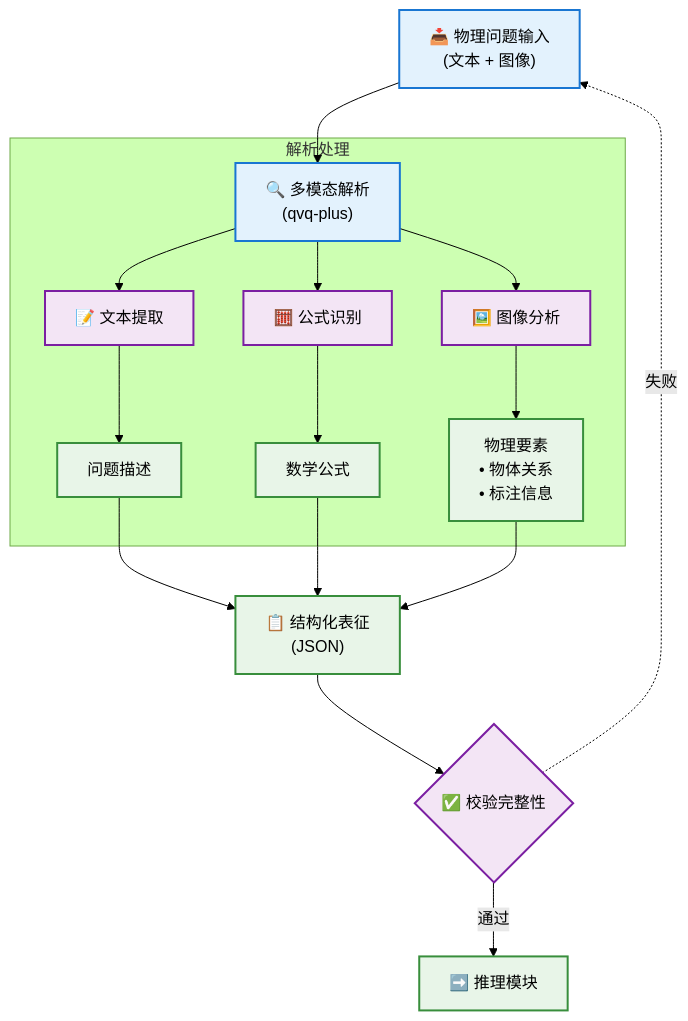
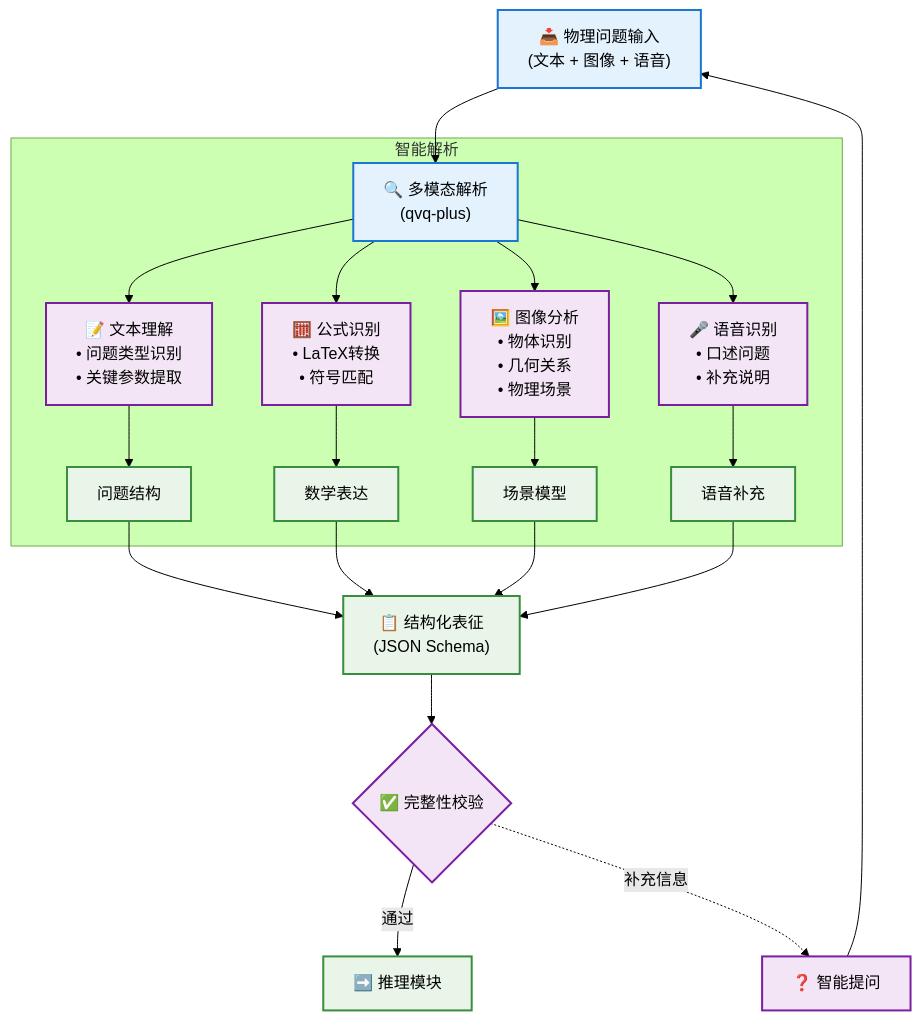
Before and after one commit to xruilin/pysical-agent: the second of 8 diagrams in plan.md, drawn with Mermaid (forest theme). The commit also changed other lines of this file, not shown here.

````diff
--- a/plan.md
+++ b/plan.md
@@ -133,30 +202,34 @@
 ```mermaid
 flowchart TD
-    INPUT["📥 物理问题输入<br/>(文本 + 图像)"] --> PARSE["🔍 多模态解析<br/>(qvq-plus)"]
+    INPUT["📥 物理问题输入<br/>(文本 + 图像 + 语音)"] --> PARSE["🔍 多模态解析<br/>(qvq-plus)"]
     
-    subgraph "解析处理"
-        PARSE --> T1["📝 文本提取"]
-        PARSE --> T2["🧮 公式识别"] 
-        PARSE --> T3["🖼️ 图像分析"]
+    subgraph "智能解析"
+        PARSE --> T1["📝 文本理解<br/>• 问题类型识别<br/>• 关键参数提取"]
+        PARSE --> T2["🧮 公式识别<br/>• LaTeX转换<br/>• 符号匹配"] 
+        PARSE --> T3["🖼️ 图像分析<br/>• 物体识别<br/>• 几何关系<br/>• 物理场景"]
+        PARSE --> T4["🎤 语音识别<br/>• 口述问题<br/>• 补充说明"]
         
-        T1 --> R1["问题描述"]
-        T2 --> R2["数学公式"] 
-        T3 --> R3["物理要素<br/>• 物体关系<br/>• 标注信息"]
+        T1 --> R1["问题结构"]
+        T2 --> R2["数学表达"] 
+        T3 --> R3["场景模型"]
+        T4 --> R4["语音补充"]
     end
     
-    R1 --> JSON["📋 结构化表征<br/>(JSON)"]
+    R1 --> JSON["📋 结构化表征<br/>(JSON Schema)"]
     R2 --> JSON
     R3 --> JSON
+    R4 --> JSON
     
-    JSON --> VALIDATE{"✅ 校验完整性"}
+    JSON --> VALIDATE{"✅ 完整性校验"}
     VALIDATE -->|"通过"| NEXT["➡️ 推理模块"]
-    VALIDATE -.->|"失败"| INPUT
+    VALIDATE -.->|"补充信息"| CLARIFY["❓ 智能提问"]
+    CLARIFY --> INPUT
     
     classDef input fill:#e3f2fd,stroke:#1976d2,stroke-width:2px,color:#000
     classDef process fill:#f3e5f5,stroke:#7b1fa2,stroke-width:2px,color:#000
     classDef output fill:#e8f5e8,stroke:#388e3c,stroke-width:2px,color:#000
     
     class INPUT,PARSE input
-    class T1,T2,T3,VALIDATE process
-    class R1,R2,R3,JSON,NEXT output
+    class T1,T2,T3,T4,VALIDATE,CLARIFY process
+    class R1,R2,R3,R4,JSON,NEXT output
 ```
````
